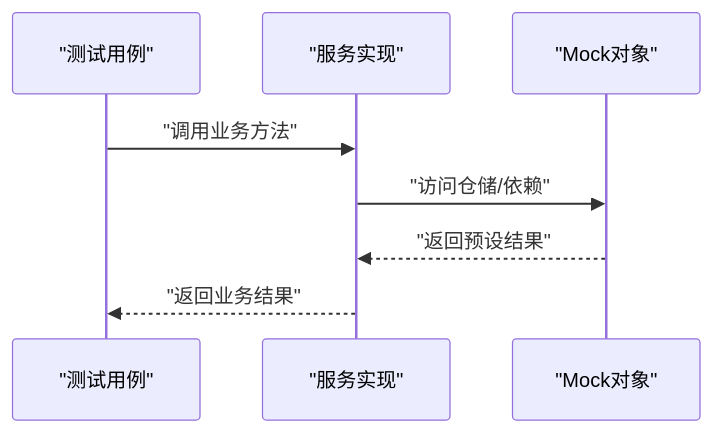
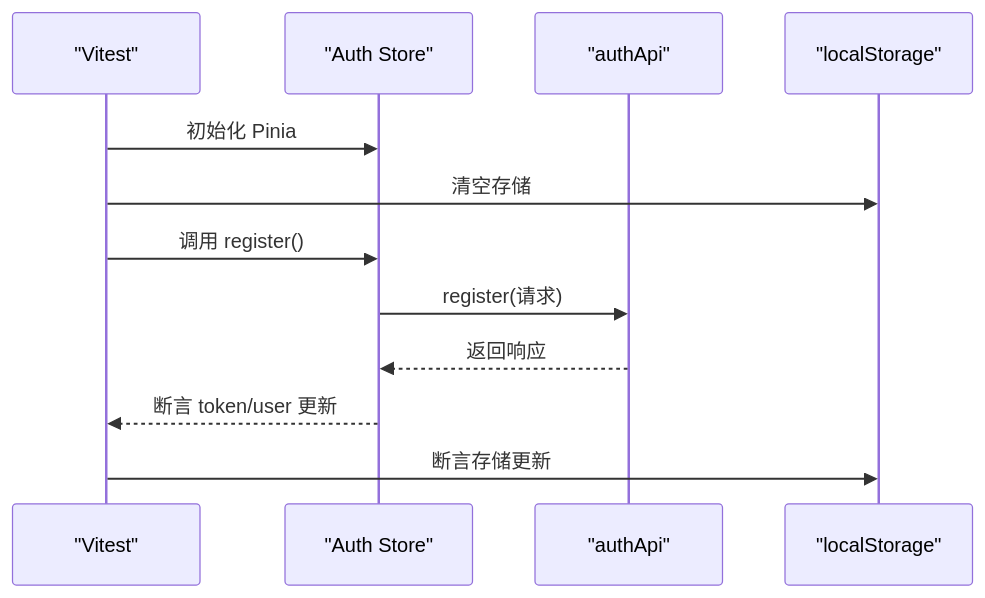
The fourth of 6 diagrams in .qoder/repowiki/zh/content/测试策略/测试策略.md (koala-xiong/communication-qoder), drawn with Mermaid before and after one commit. The commit also changed other lines of this file and 73 other files, not shown here.

````diff
--- a/.qoder/repowiki/zh/content/测试策略/测试策略.md
+++ b/.qoder/repowiki/zh/content/测试策略/测试策略.md
@@ -97,10 +218,14 @@
 ```mermaid
 sequenceDiagram
-participant T as "测试用例"
-participant S as "服务实现"
-participant M as "Mock对象"
-T->>S : "调用业务方法"
-S->>M : "访问仓储/依赖"
-M-->>S : "返回预设结果"
-S-->>T : "返回业务结果"
+participant VT as "Vitest"
+participant Store as "Auth Store"
+participant API as "authApi"
+participant Local as "localStorage"
+VT->>Store : 初始化 Pinia
+VT->>Local : 清空存储
+VT->>Store : 调用 register()
+Store->>API : register(请求)
+API-->>Store : 返回响应
+Store-->>VT : 断言 token/user 更新
+VT->>Local : 断言存储更新
 ```
````
